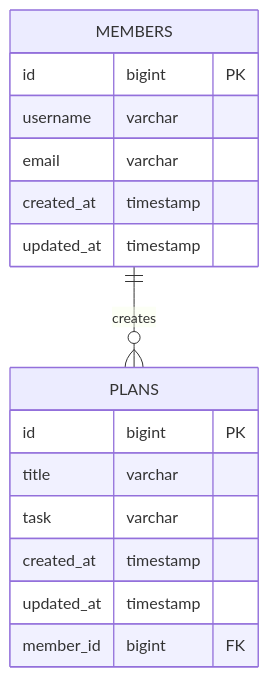
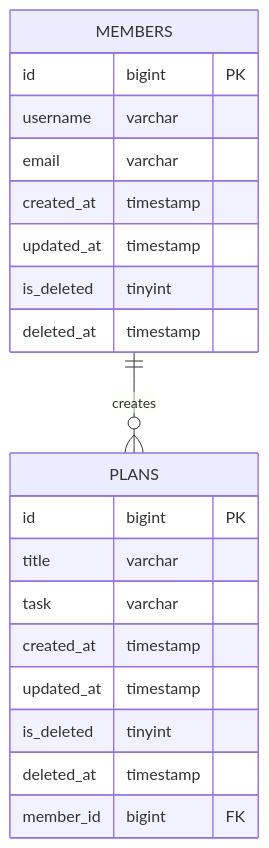
One commit to backswan0/sparta-week3-planner-develop changed the diagram in README.md. Above: the diagram before and after it, drawn with Mermaid. The commit also changed other lines of this file, not shown here.

````diff
--- a/README.md
+++ b/README.md
@@ -24,19 +24,23 @@
 ```mermaid
 erDiagram
 MEMBERS ||--o{ PLANS : creates
 MEMBERS {
 id bigint PK
 username varchar
 email varchar
 created_at timestamp
 updated_at timestamp
+is_deleted tinyint
+deleted_at timestamp
 }
 PLANS {
 id bigint PK
 title varchar
 task varchar
 created_at timestamp
 updated_at timestamp
+is_deleted tinyint
+deleted_at timestamp
 member_id bigint FK
 }
 ```
````
